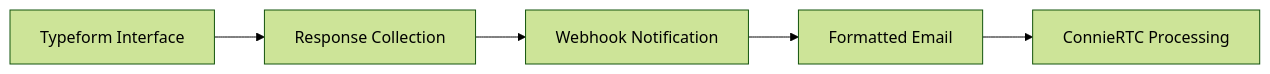
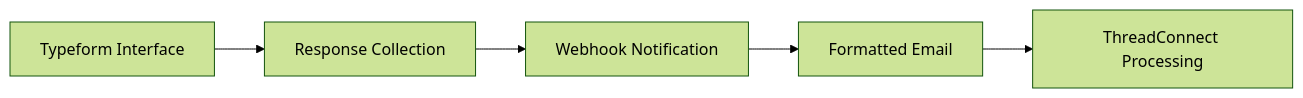
One commit to ConnieML/docs.connie changed the fourth of 4 diagrams in docs/techops/feature-deployment/feature-management/channels/web/choose-web-forms-provider.md. Above: the diagram before and after it, drawn with Mermaid (forest theme). The commit also changed other lines of this file and 129 other files, not shown here.

First line of the commit message:
Rebrand ConnieRTC -> ThreadConnect across docs (CEO approval 2026-10-30, round 2)

````diff
--- a/docs/techops/feature-deployment/feature-management/channels/web/choose-web-forms-provider.md
+++ b/docs/techops/feature-deployment/feature-management/channels/web/choose-web-forms-provider.md
@@ -241,7 +241,7 @@
 ```mermaid
 flowchart LR
     A[Typeform Interface] --> B[Response Collection]
     B --> C[Webhook Notification]
     C --> D[Formatted Email]
-    D --> E[ConnieRTC Processing]
+    D --> E[ThreadConnect Processing]
 ```
````
